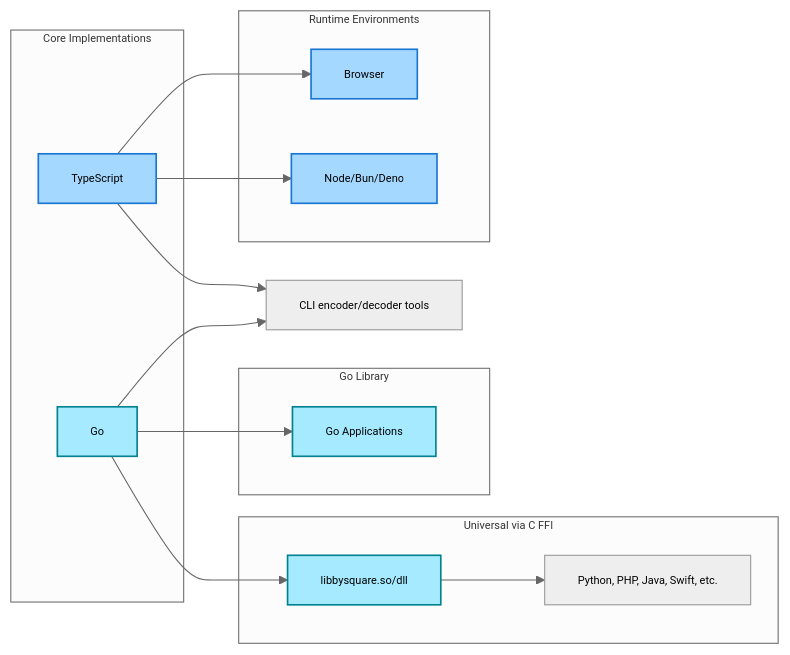
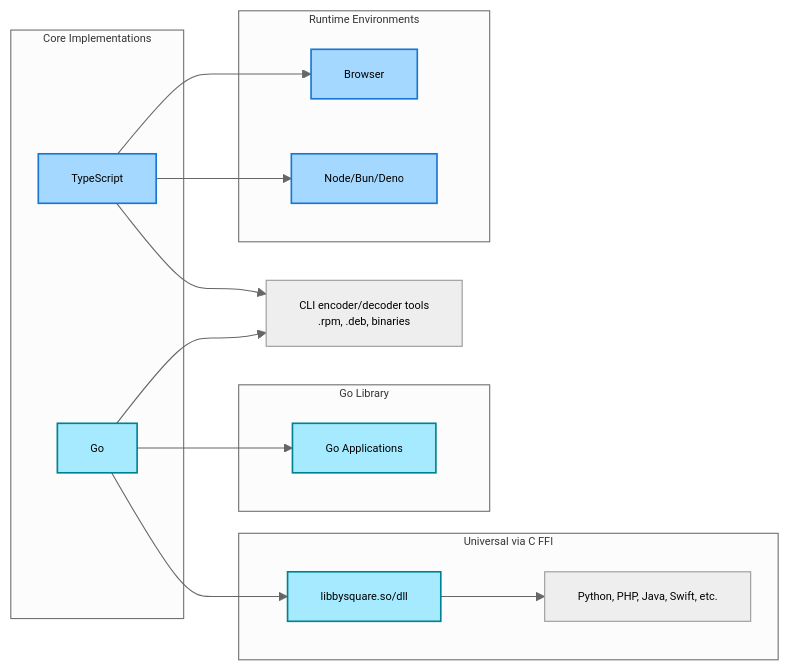
The diagram in README.md (xseman/bysquare), drawn with Mermaid before and after one commit. The commit also changed other lines of this file and 8 other files, not shown here.

````diff
--- a/README.md
+++ b/README.md
@@ -39,39 +34,39 @@
 ```mermaid
 ---
 config:
   theme: neutral
   themeVariables:
     fontFamily: monospace
     fontSize: "10px"
 ---
 
 flowchart LR
     subgraph Core["Core Implementations"]
         TS[TypeScript]
         GO[Go]
     end
 
     subgraph Runtime["Runtime Environments"]
         TS --> Browser
         TS --> Node/Bun/Deno
     end
 
-    TS & GO --> CLI[CLI encoder/decoder tools]
+    TS & GO --> CLI[CLI encoder/decoder tools<br/>.rpm, .deb, binaries]
 
     subgraph Native["Go Library"]
         GO --> GO_LIB[Go Applications]
     end
 
     subgraph FFI["Universal via C FFI"]
         GO --> CFFI[libbysquare.so/dll]
         CFFI --> ANY[Python, PHP, Java, Swift, etc.]
     end
 
     style TS            fill:#A5D8FF, stroke:#1976D2, stroke-width:1.5px
     style Browser       fill:#A5D8FF, stroke:#1976D2, stroke-width:1.5px
     style Node/Bun/Deno fill:#A5D8FF, stroke:#1976D2, stroke-width:1.5px
 
     style GO      fill:#A5EAFF, stroke:#00838F, stroke-width:1.5px
     style GO_LIB  fill:#A5EAFF, stroke:#00838F, stroke-width:1.5px
     style CFFI    fill:#A5EAFF, stroke:#00838F, stroke-width:1.5px
 ```
````
